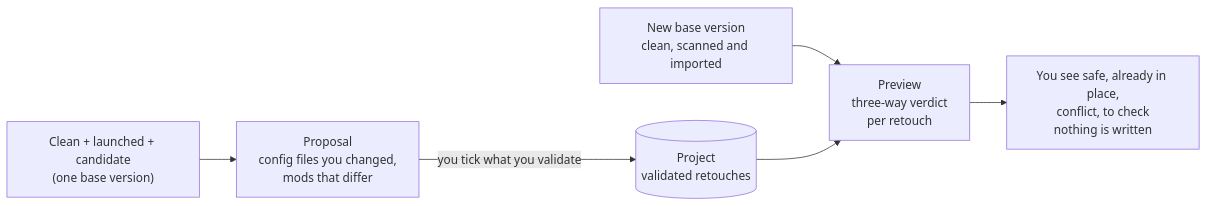
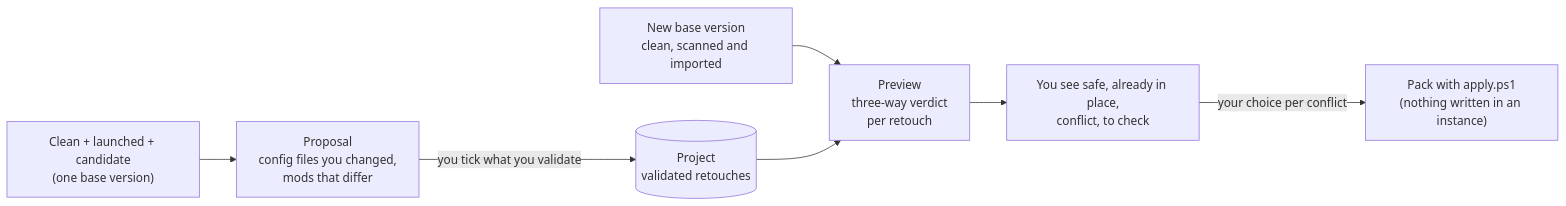
Before and after one commit to YannD-Delta/modpack-studio: the diagram in docs/projects.md, drawn with Mermaid. The commit also changed other lines of this file and 47 other files, not shown here.

````diff
--- a/docs/projects.md
+++ b/docs/projects.md
@@ -11,8 +11,9 @@
 ```mermaid
 flowchart LR
   A["Clean + launched + candidate<br/>(one base version)"] --> B["Proposal<br/>config files you changed,<br/>mods that differ"]
   B -->|"you tick what you validate"| C[("Project<br/>validated retouches")]
   N["New base version<br/>clean, scanned and imported"] --> P["Preview<br/>three-way verdict<br/>per retouch"]
   C --> P
-  P --> R["You see safe, already in place,<br/>conflict, to check<br/>nothing is written"]
+  P --> R["You see safe, already in place,<br/>conflict, to check"]
+  R -->|"your choice per conflict"| X["Pack with apply.ps1<br/>(nothing written in an instance)"]
 ```
````
